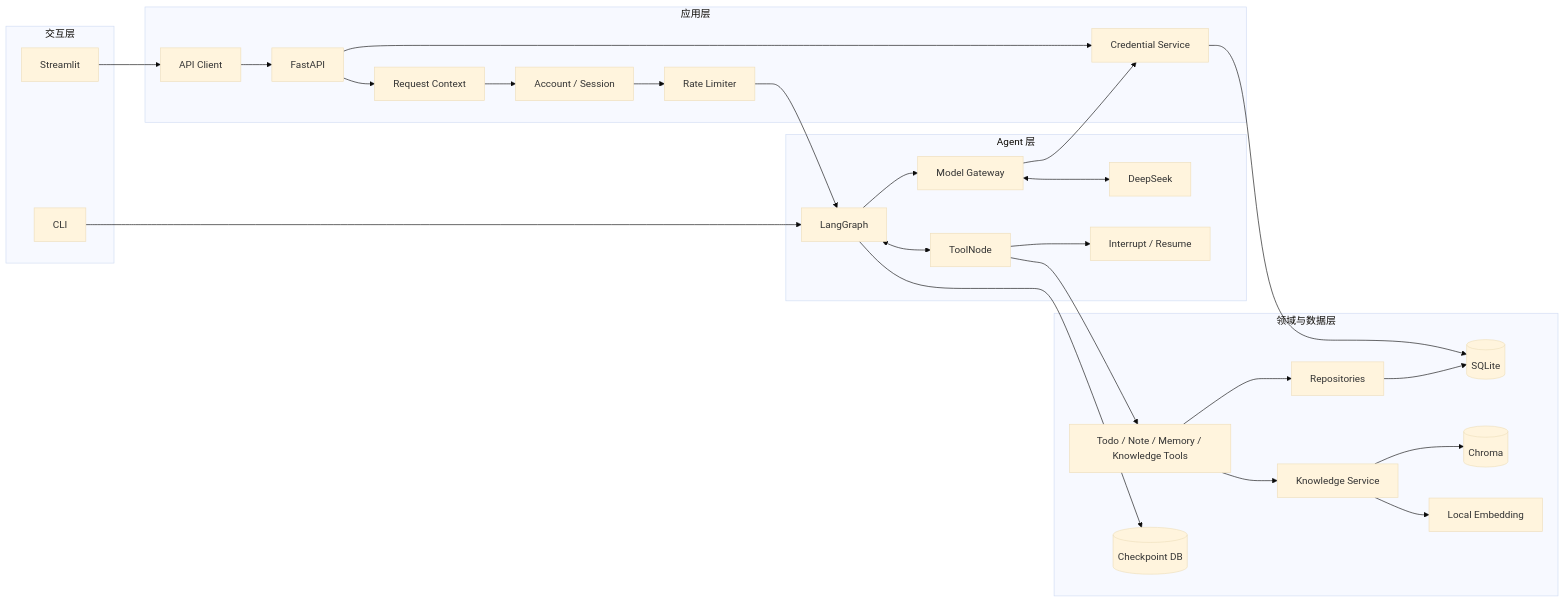
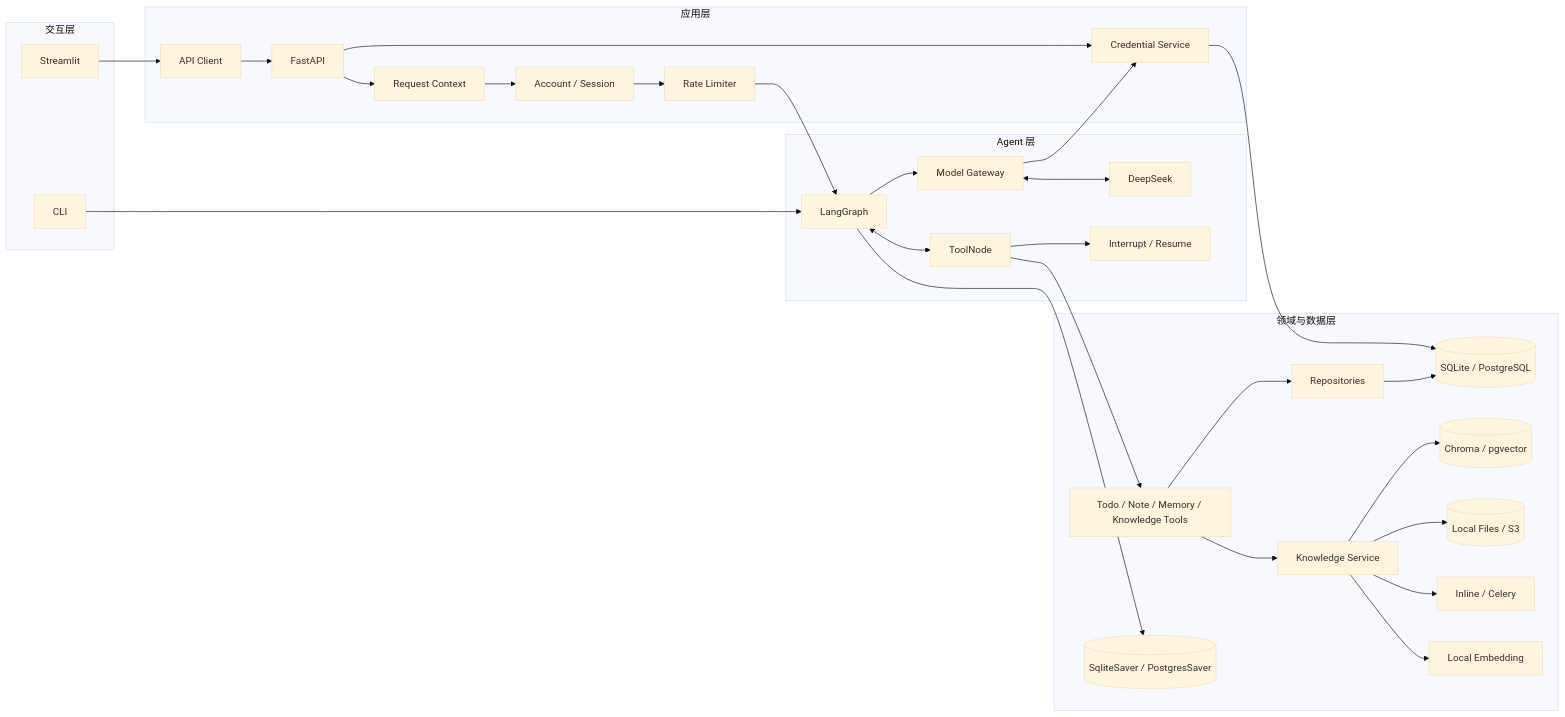
One commit to AFPyannian/lifepilot-agent changed the first of 4 diagrams in docs/architecture.md. Above: the diagram before and after it, drawn with Mermaid (base theme). The commit also changed other lines of this file and 40 other files, not shown here.

````diff
--- a/docs/architecture.md
+++ b/docs/architecture.md
@@ -9,49 +9,53 @@
 ```mermaid
 flowchart LR
     subgraph Presentation[交互层]
         UI[Streamlit]
         CLI[CLI]
     end
 
     subgraph Application[应用层]
         CLIENT[API Client]
         API[FastAPI]
         CTX[Request Context]
         AUTH[Account / Session]
         LIMIT[Rate Limiter]
         CREDS[Credential Service]
     end
 
     subgraph Agent[Agent 层]
         GRAPH[LangGraph]
         GATEWAY[Model Gateway]
         MODEL[DeepSeek]
         TOOLNODE[ToolNode]
         APPROVAL[Interrupt / Resume]
     end
 
     subgraph Domain[领域与数据层]
         TOOLS[Todo / Note / Memory / Knowledge Tools]
         REPOS[Repositories]
         KB[Knowledge Service]
-        DB[(SQLite)]
-        CP[(Checkpoint DB)]
-        VECTOR[(Chroma)]
+        DB[(SQLite / PostgreSQL)]
+        CP[(SqliteSaver / PostgresSaver)]
+        VECTOR[(Chroma / pgvector)]
+        OBJECT[(Local Files / S3)]
+        WORKER[Inline / Celery]
         EMB[Local Embedding]
     end
 
     UI --> CLIENT --> API
     CLI --> GRAPH
     API --> CTX --> AUTH --> LIMIT --> GRAPH
     API --> CREDS --> DB
     GRAPH --> GATEWAY
     GATEWAY --> CREDS
     GATEWAY <--> MODEL
     GRAPH <--> TOOLNODE
     TOOLNODE --> APPROVAL
     TOOLNODE --> TOOLS
     TOOLS --> REPOS --> DB
     TOOLS --> KB --> VECTOR
+    KB --> OBJECT
+    KB --> WORKER
     KB --> EMB
     GRAPH --> CP
 ```
````
